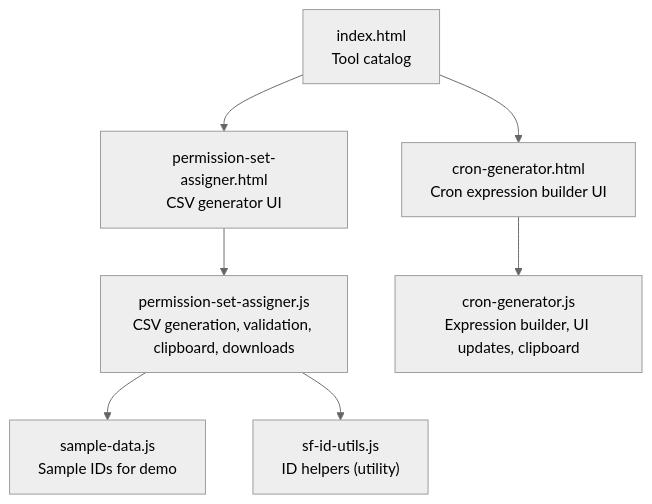
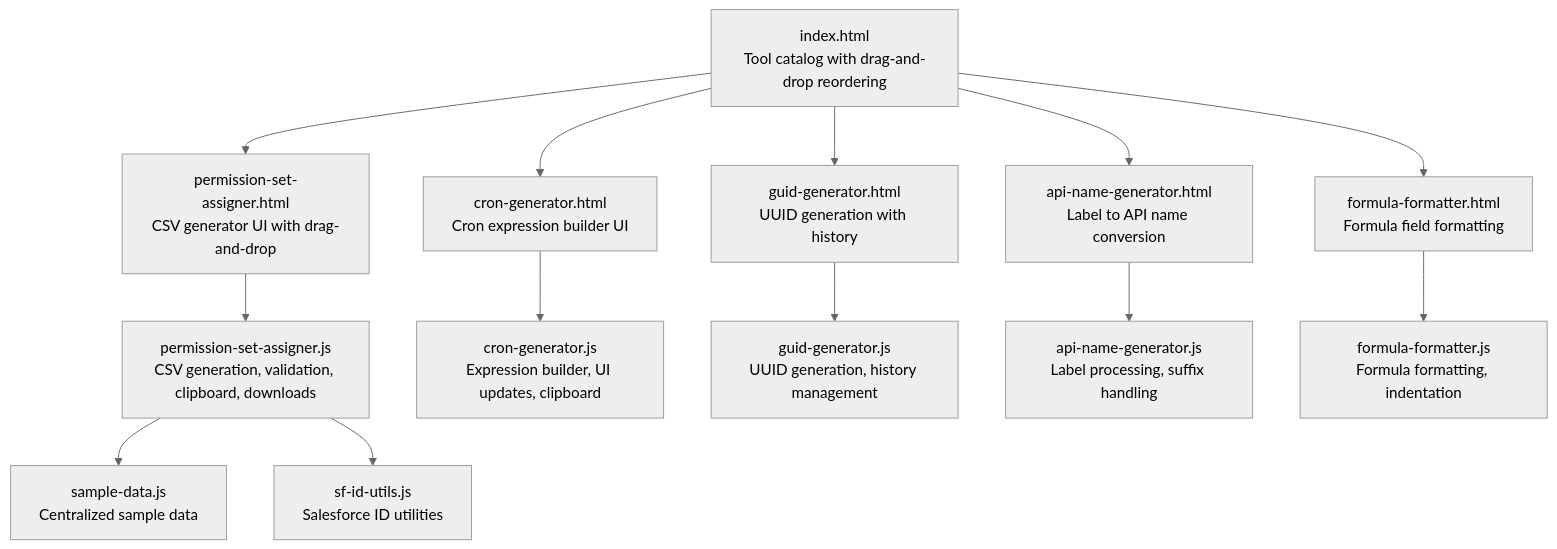
One commit to escaleraalcielo/developer-utilities changed the first of 6 diagrams in .qoder/repowiki/en/content/Administrative Tools/Administrative Tools.md. Above: the diagram before and after it, drawn with Mermaid (neutral theme). The commit also changed other lines of this file and 6 other files, not shown here.

````diff
--- a/.qoder/repowiki/en/content/Administrative Tools/Administrative Tools.md
+++ b/.qoder/repowiki/en/content/Administrative Tools/Administrative Tools.md
@@ -39,9 +57,15 @@
 ```mermaid
 graph TB
-Index["index.html<br/>Tool catalog"] --> PermAssigner["permission-set-assigner.html<br/>CSV generator UI"]
+Index["index.html<br/>Tool catalog with drag-and-drop reordering"] --> PermAssigner["permission-set-assigner.html<br/>CSV generator UI with drag-and-drop"]
 Index --> CronGen["cron-generator.html<br/>Cron expression builder UI"]
+Index --> GUIDGen["guid-generator.html<br/>UUID generation with history"]
+Index --> APINameGen["api-name-generator.html<br/>Label to API name conversion"]
+Index --> FormulaFmt["formula-formatter.html<br/>Formula field formatting"]
 PermAssigner --> PermAssignerJS["permission-set-assigner.js<br/>CSV generation, validation, clipboard, downloads"]
 CronGen --> CronGenJS["cron-generator.js<br/>Expression builder, UI updates, clipboard"]
-PermAssignerJS --> SampleData["sample-data.js<br/>Sample IDs for demo"]
-PermAssignerJS --> SFUtils["sf-id-utils.js<br/>ID helpers (utility)"]
+GUIDGen --> GUIDGenJS["guid-generator.js<br/>UUID generation, history management"]
+APINameGen --> APINameGenJS["api-name-generator.js<br/>Label processing, suffix handling"]
+FormulaFmt --> FormulaFmtJS["formula-formatter.js<br/>Formula formatting, indentation"]
+PermAssignerJS --> SampleData["sample-data.js<br/>Centralized sample data"]
+PermAssignerJS --> SFUtils["sf-id-utils.js<br/>Salesforce ID utilities"]
 ```
````
